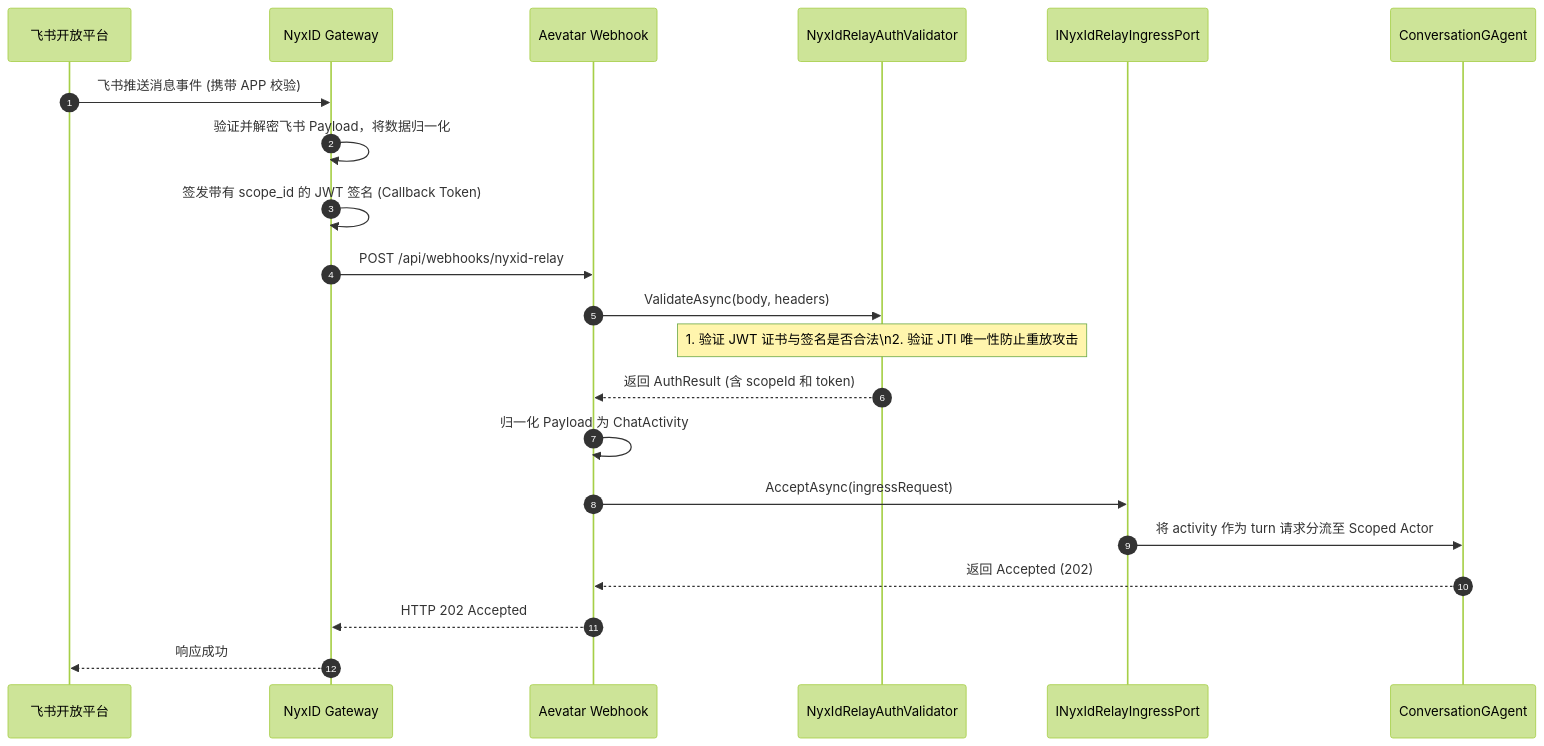
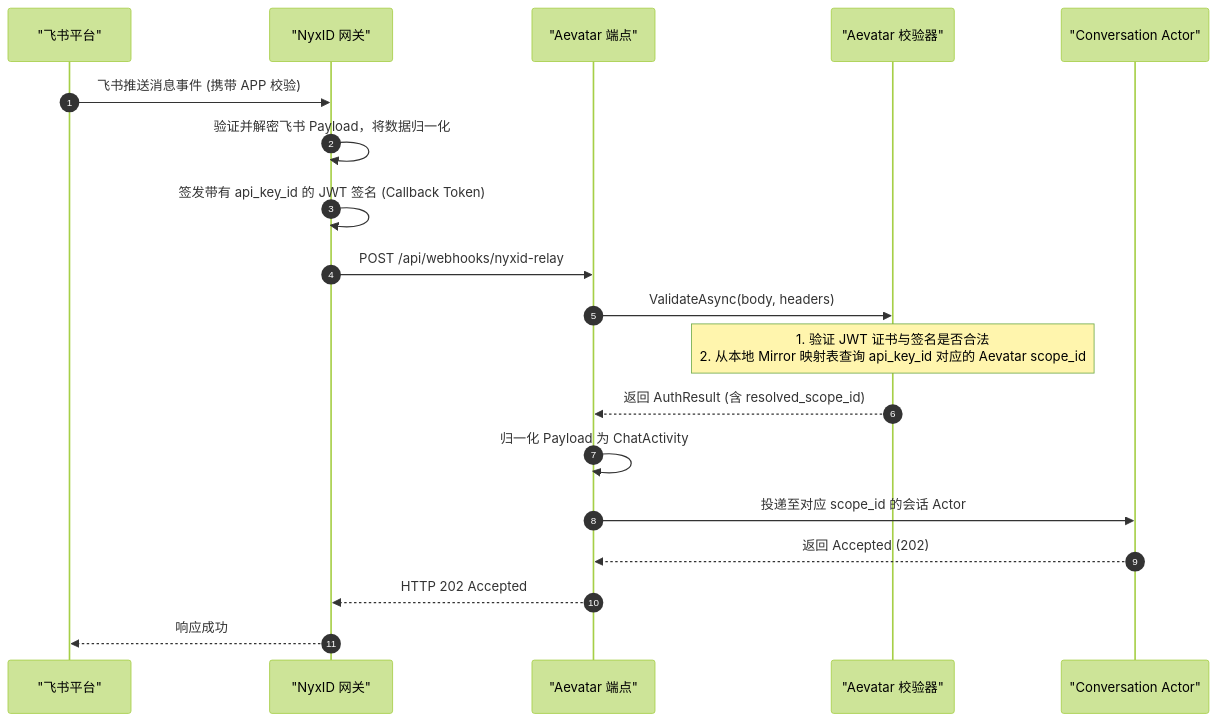
Before and after one commit to eanzhao-os/aevatar-review: the diagram in 07/13-lark-bot-registration.md, drawn with Mermaid (forest theme). The commit also changed other lines of this file, not shown here.

Commit message:
docs: update lark bot registration with mirror mapping and diagnostics

````diff
--- a/07/13-lark-bot-registration.md
+++ b/07/13-lark-bot-registration.md
@@ -36,24 +33,22 @@
 ```mermaid
 sequenceDiagram
     autonumber
-    participant Lark as 飞书开放平台
-    participant Nyx as NyxID Gateway
-    participant Endpoint as Aevatar Webhook
-    participant Validator as NyxIdRelayAuthValidator
-    participant Ingress as INyxIdRelayIngressPort
-    participant ConvActor as ConversationGAgent
+    participant Lark as "飞书平台"
+    participant Nyx as "NyxID 网关"
+    participant Endpoint as "Aevatar 端点"
+    participant Validator as "Aevatar 校验器"
+    participant ConvActor as "Conversation Actor"
 
     Lark->>Nyx: 飞书推送消息事件 (携带 APP 校验)
     Nyx->>Nyx: 验证并解密飞书 Payload，将数据归一化
-    Nyx->>Nyx: 签发带有 scope_id 的 JWT 签名 (Callback Token)
+    Nyx->>Nyx: 签发带有 api_key_id 的 JWT 签名 (Callback Token)
     Nyx->>Endpoint: POST /api/webhooks/nyxid-relay
     Endpoint->>Validator: ValidateAsync(body, headers)
-    Note over Validator: 1. 验证 JWT 证书与签名是否合法\n2. 验证 JTI 唯一性防止重放攻击
-    Validator-->>Endpoint: 返回 AuthResult (含 scopeId 和 token)
+    Note over Validator: 1. 验证 JWT 证书与签名是否合法<br/>2. 从本地 Mirror 映射表查询 api_key_id 对应的 Aevatar scope_id
+    Validator-->>Endpoint: 返回 AuthResult (含 resolved_scope_id)
     Endpoint->>Endpoint: 归一化 Payload 为 ChatActivity
-    Endpoint->>Ingress: AcceptAsync(ingressRequest)
-    Ingress->>ConvActor: 将 activity 作为 turn 请求分流至 Scoped Actor
+    Endpoint->>ConvActor: 投递至对应 scope_id 的会话 Actor
     ConvActor-->>Endpoint: 返回 Accepted (202)
     Endpoint-->>Nyx: HTTP 202 Accepted
     Nyx-->>Lark: 响应成功
 ```
````
